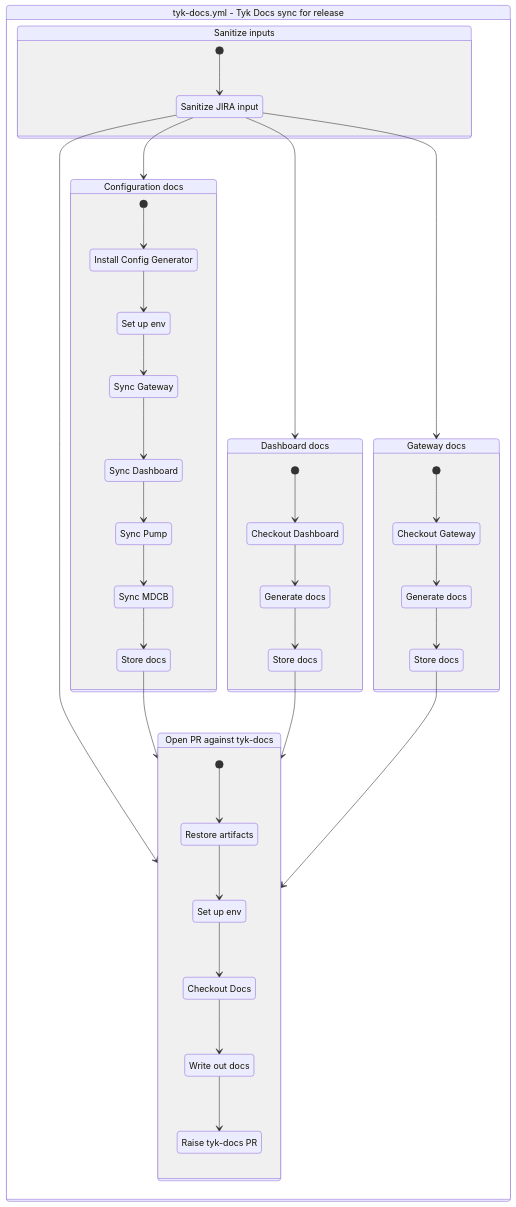
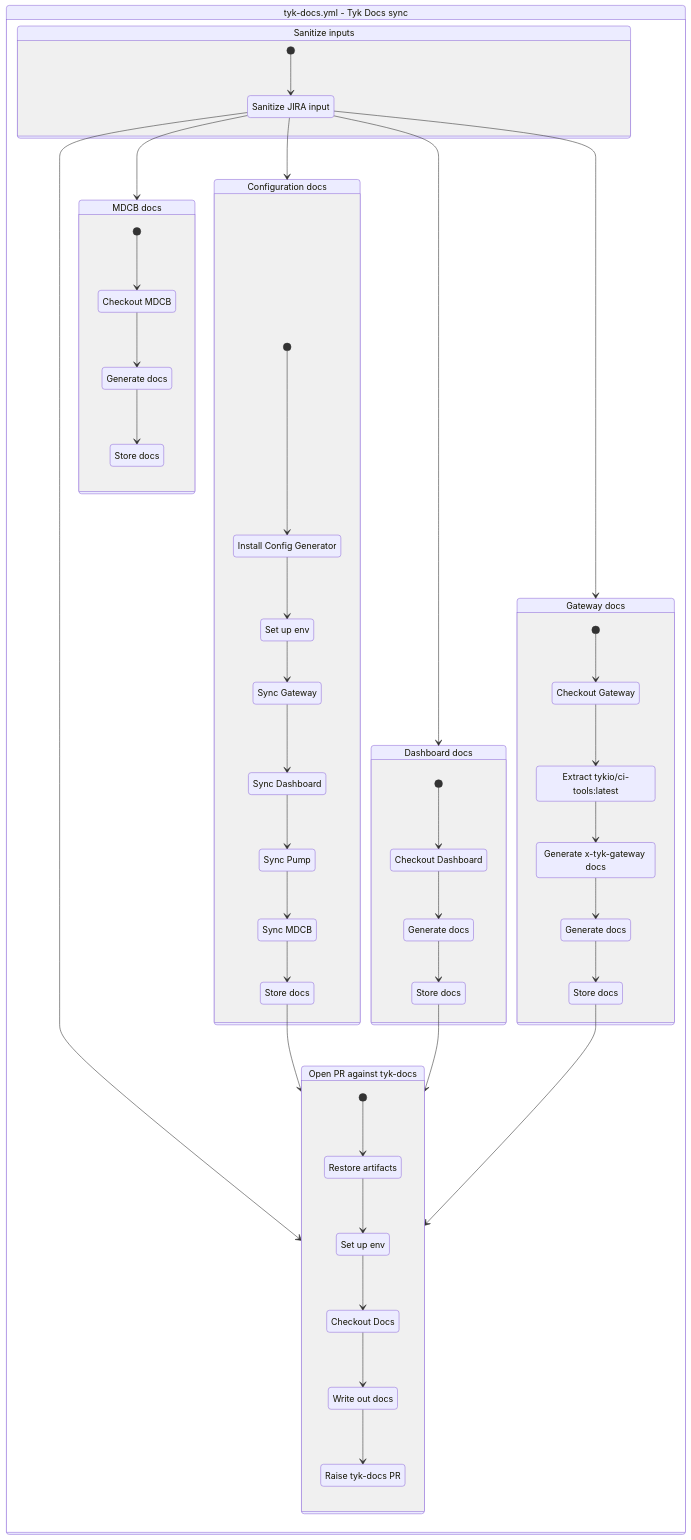
One commit to TykTechnologies/exp changed the diagram in docs/github-actions/exp/tyk-docs.yml.md. Above: the diagram before and after it, drawn with Mermaid. The commit also changed other lines of this file and 9 other files, not shown here.

````diff
--- a/docs/github-actions/exp/tyk-docs.yml.md
+++ b/docs/github-actions/exp/tyk-docs.yml.md
@@ -3,6 +3,6 @@
 ```mermaid
 stateDiagram-v2
-    workflow : tyk-docs.yml - Tyk Docs sync for release
+    workflow : tyk-docs.yml - Tyk Docs sync
     state workflow {
         sanitize: Sanitize inputs
         state sanitize {
@@ -12,6 +12,7 @@
             step0sanitize --> dashboard
             step0sanitize --> finish
             step0sanitize --> gateway
+            step0sanitize --> mdcb
         }
 
         configs: Configuration docs
@@ -49,10 +50,14 @@
             [*] --> step0gateway
             step0gateway : Checkout Gateway
             step0gateway --> step1gateway
-            step1gateway : Generate docs
-            step1gateway --> step2gateway
-            step2gateway : Store docs
-            step2gateway --> finish
+            step1gateway : Extract tykio/ci-tools:latest
+            step1gateway --> step3gateway
+            step3gateway : Generate x-tyk-gateway docs
+            step3gateway --> step4gateway
+            step4gateway : Generate docs
+            step4gateway --> step5gateway
+            step5gateway : Store docs
+            step5gateway --> finish
         }
 
         finish: Open PR against tyk-docs
@@ -68,5 +73,15 @@
             step3finish --> step4finish
             step4finish : Raise tyk-docs PR
         }
+
+        mdcb: MDCB docs
+        state mdcb {
+            [*] --> step0mdcb
+            step0mdcb : Checkout MDCB
+            step0mdcb --> step1mdcb
+            step1mdcb : Generate docs
+            step1mdcb --> step2mdcb
+            step2mdcb : Store docs
+        }
     }
 ```
````
